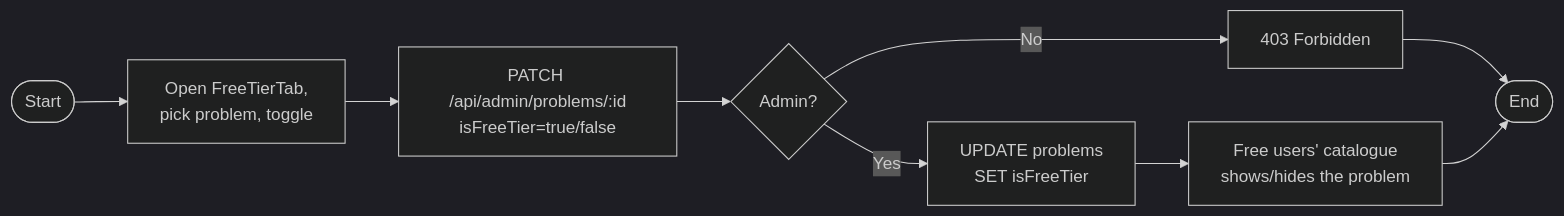
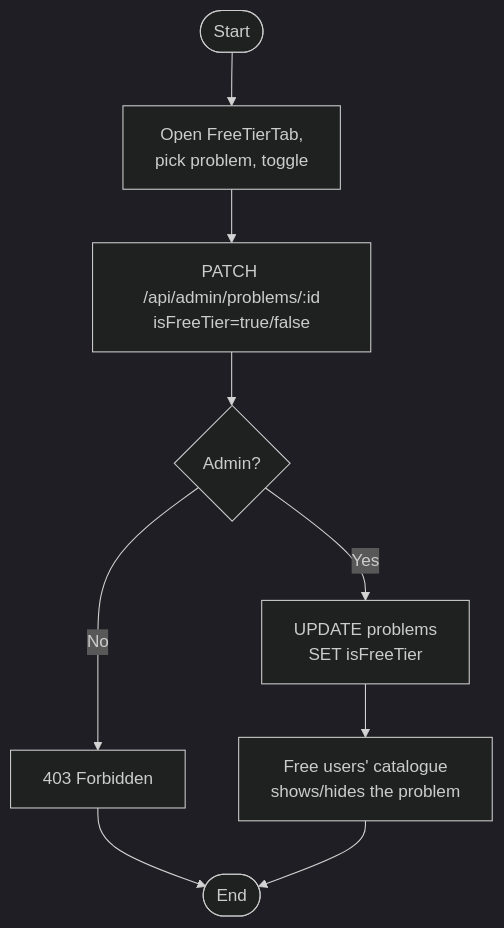
One commit to MaizaAymen/OmniLearn changed the fifth of 9 diagrams in docs/06_chapitre4_sprint2.md. Above: the diagram before and after it, drawn with Mermaid (dark theme).

````diff
--- a/docs/06_chapitre4_sprint2.md
+++ b/docs/06_chapitre4_sprint2.md
@@ -239,9 +239,9 @@
 ```mermaid
-flowchart LR
+flowchart TD
   A([Start]) --> B[Open FreeTierTab,<br/>pick problem, toggle]
   B --> C[PATCH /api/admin/problems/:id<br/>isFreeTier=true/false]
   C --> D{Admin?}
   D -- No --> E[403 Forbidden] --> Z([End])
   D -- Yes --> F[UPDATE problems<br/>SET isFreeTier]
   F --> G[Free users' catalogue<br/>shows/hides the problem] --> Z
 ```
````
